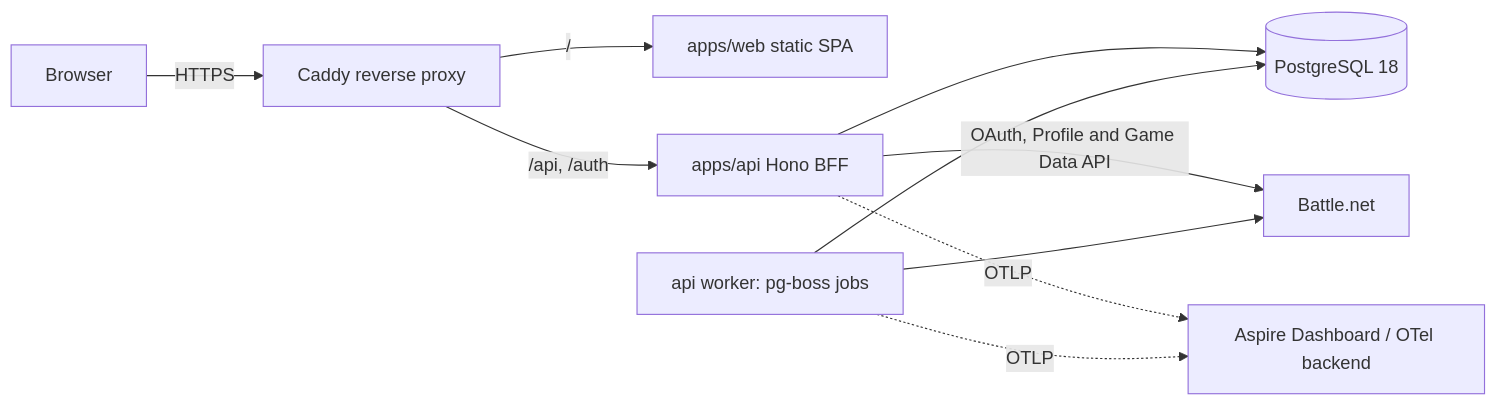
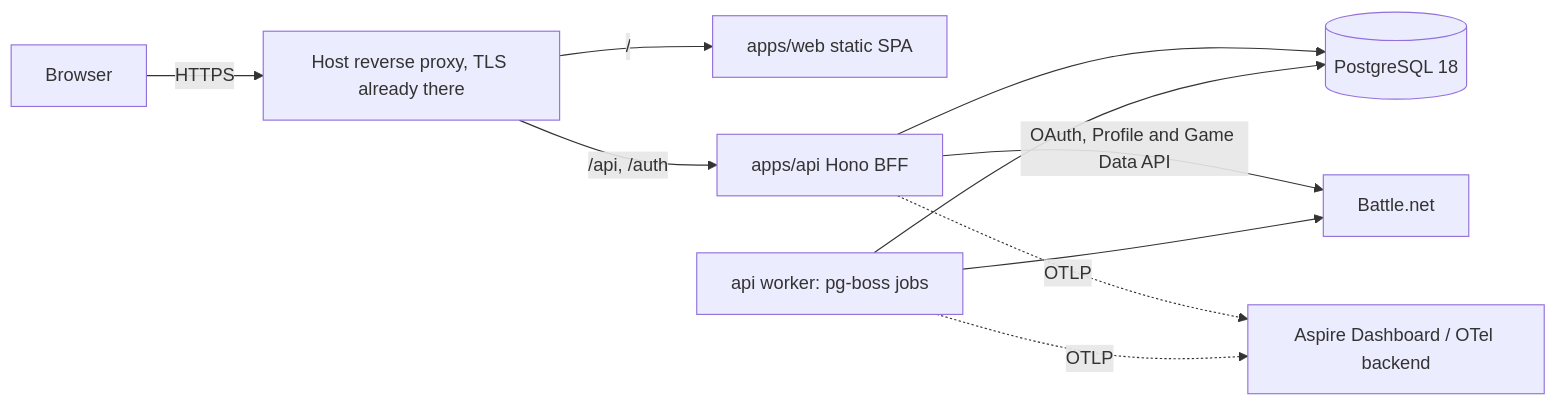
One commit to LeMonoXx/guildhub changed the diagram in docs/north-star.md. Above: the diagram before and after it, drawn with Mermaid. The commit also changed other lines of this file and 5 other files, not shown here.

````diff
--- a/docs/north-star.md
+++ b/docs/north-star.md
@@ -46,12 +46,12 @@
 ```mermaid
 flowchart LR
-  user[Browser] -->|HTTPS| proxy[Caddy reverse proxy]
+  user[Browser] -->|HTTPS| proxy[Host reverse proxy, TLS already there]
   proxy -->|/| web[apps/web static SPA]
   proxy -->|/api, /auth| api[apps/api Hono BFF]
   api --> db[(PostgreSQL 18)]
   api -->|OAuth, Profile and Game Data API| bnet[Battle.net]
   worker[api worker: pg-boss jobs] --> db
   worker --> bnet
   api -. OTLP .-> otel[Aspire Dashboard / OTel backend]
   worker -. OTLP .-> otel
 ```
````
